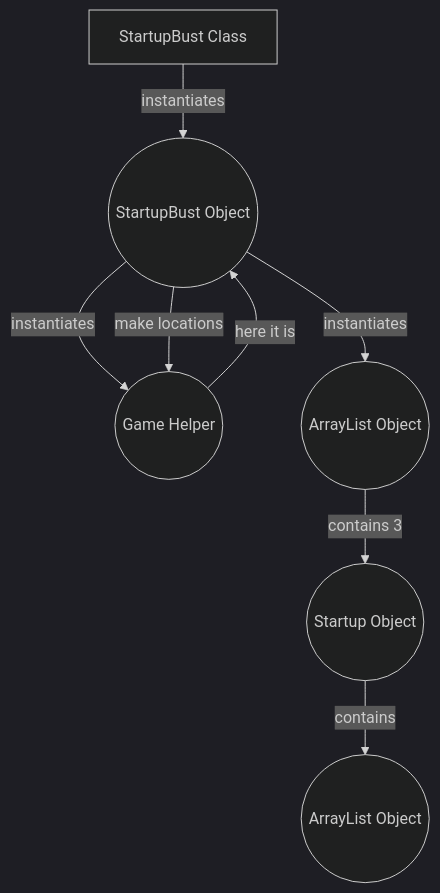
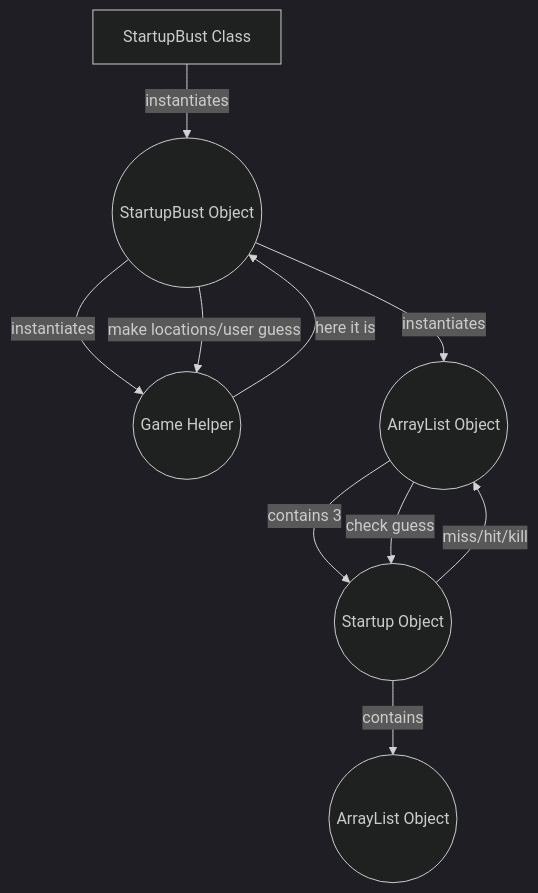
One commit to Guilherme23645/sink-a-startup changed the diagram in README.md. Above: the diagram before and after it, drawn with Mermaid.

Commit message:
docs; update README

````diff
--- a/README.md
+++ b/README.md
@@ -3,18 +3,19 @@
 ```mermaid
 ---
 config:
   theme: 'dark'
 ---
 flowchart TD
     bustcls[StartupBust Class]
     bustobj((StartupBust Object))
     gamehobj((Game Helper))
     arrlstobj1((ArrayList Object))
     startupobj((Startup Object))
     arrlstobj2((ArrayList Object))
     bustcls -- instantiates --> bustobj
     bustobj -- instantiates --> gamehobj & arrlstobj1
     arrlstobj1 -- contains 3 -->  startupobj
     startupobj -- contains --> arrlstobj2
-    bustobj -- make locations --> gamehobj -- here it is --> bustobj
+    bustobj -- make locations/user guess --> gamehobj -- here it is --> bustobj
+    arrlstobj1 -- check guess --> startupobj -- miss/hit/kill --> arrlstobj1
 ```
````
